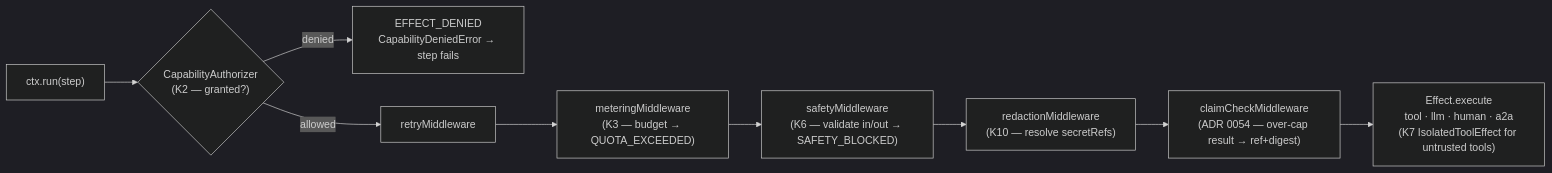
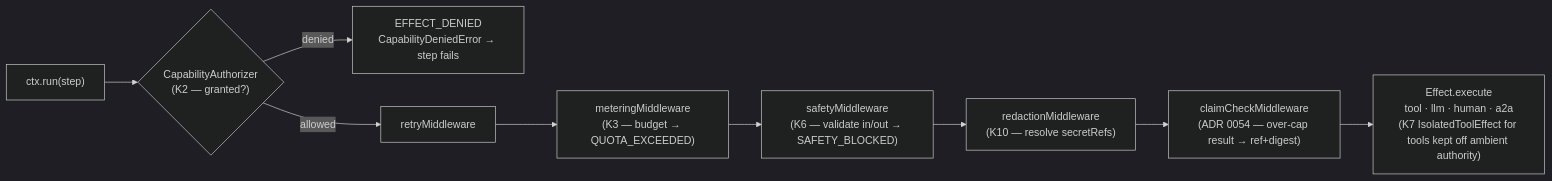
The eighth of 13 diagrams in docs/architecture.md (chhetrisushil/loom), drawn with Mermaid (dark theme) before and after one commit. The commit also changed other lines of this file and 24 other files, not shown here.

````diff
--- a/docs/architecture.md
+++ b/docs/architecture.md
@@ -382,11 +382,11 @@
 ```mermaid
 flowchart LR
   Call["ctx.run(step)"] --> Auth{"CapabilityAuthorizer<br/>(K2 — granted?)"}
   Auth -->|denied| Deny["EFFECT_DENIED<br/>CapabilityDeniedError → step fails"]
   Auth -->|allowed| M1["retryMiddleware"]
   M1 --> M2["meteringMiddleware<br/>(K3 — budget → QUOTA_EXCEEDED)"]
   M2 --> M3["safetyMiddleware<br/>(K6 — validate in/out → SAFETY_BLOCKED)"]
   M3 --> M4["redactionMiddleware<br/>(K10 — resolve secretRefs)"]
   M4 --> M5["claimCheckMiddleware<br/>(ADR 0054 — over-cap result → ref+digest)"]
-  M5 --> Eff["Effect.execute<br/>tool · llm · human · a2a<br/>(K7 IsolatedToolEffect for untrusted tools)"]
+  M5 --> Eff["Effect.execute<br/>tool · llm · human · a2a<br/>(K7 IsolatedToolEffect for tools kept off ambient authority)"]
 ```
````
